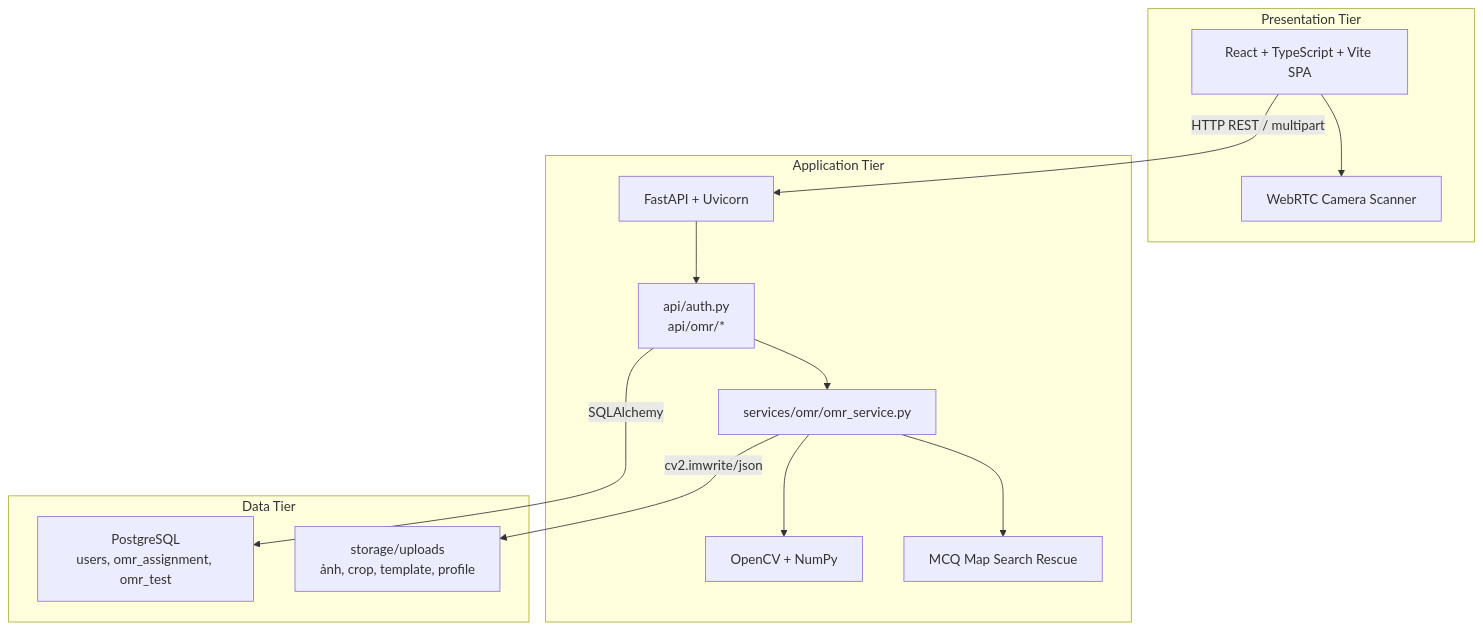
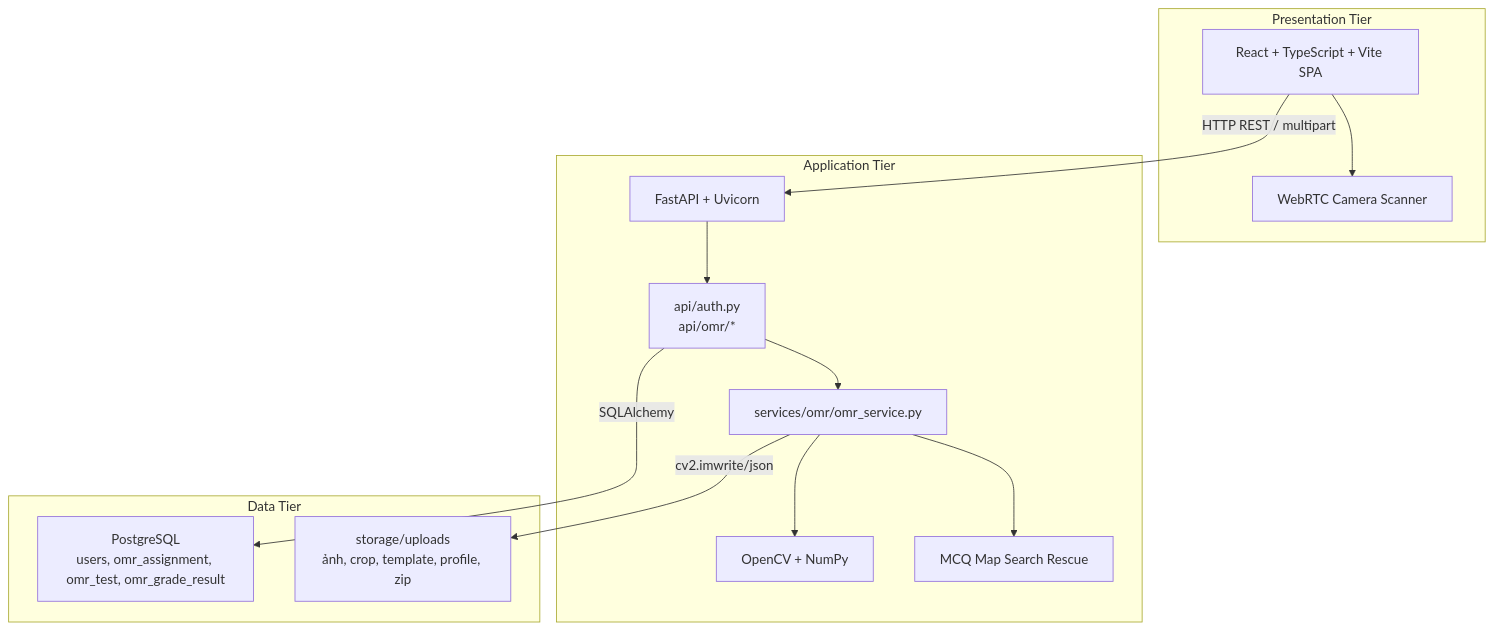
Before and after one commit to Dung20225817/DATN: the fourth of 15 diagrams in DATN.md, drawn with Mermaid. The commit also changed other lines of this file and 29 other files, not shown here.

````diff
--- a/DATN.md
+++ b/DATN.md
@@ -635,28 +627,28 @@
 ```mermaid
 graph TB
     subgraph Client["Presentation Tier"]
         Browser["React + TypeScript + Vite SPA"]
         Camera["WebRTC Camera Scanner"]
         Browser --> Camera
     end
 
     subgraph App["Application Tier"]
         FastAPI["FastAPI + Uvicorn"]
         Router["api/auth.py\napi/omr/*"]
         Service["services/omr/omr_service.py"]
         CV["OpenCV + NumPy"]
         Rescue["MCQ Map Search Rescue"]
         FastAPI --> Router --> Service
         Service --> CV
         Service --> Rescue
     end
 
     subgraph Data["Data Tier"]
-        DB["PostgreSQL\nusers, omr_assignment, omr_test"]
-        FS["storage/uploads\nảnh, crop, template, profile"]
+        DB["PostgreSQL\nusers, omr_assignment, omr_test, omr_grade_result"]
+        FS["storage/uploads\nảnh, crop, template, profile, zip"]
     end
 
     Browser -- "HTTP REST / multipart" --> FastAPI
     Router -- "SQLAlchemy" --> DB
     Service -- "cv2.imwrite/json" --> FS
 ```
````
